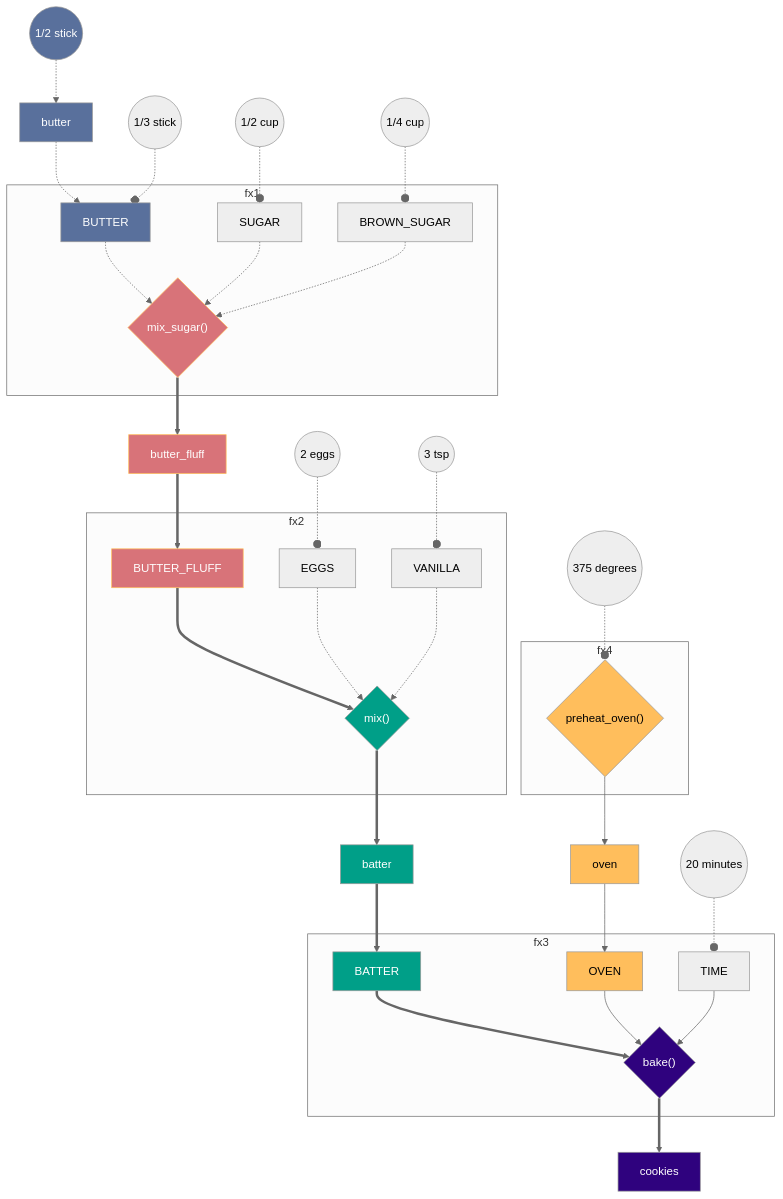
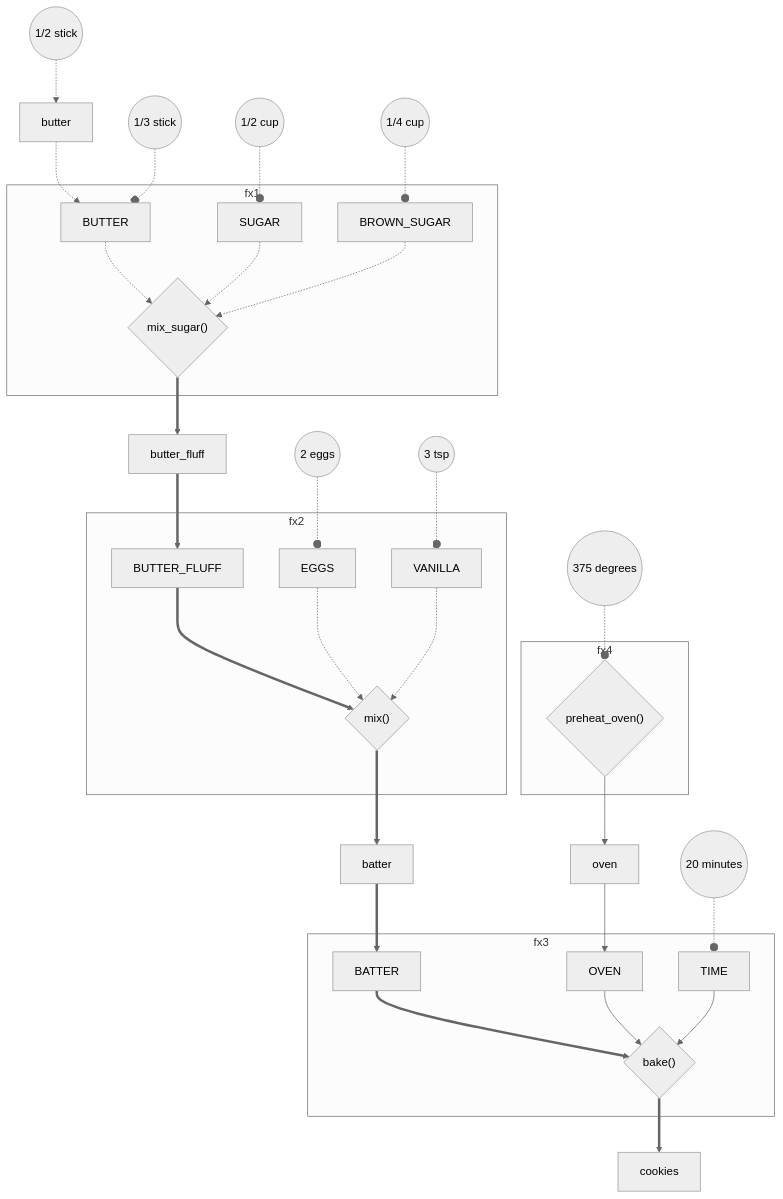
Before and after one commit to Watts-College/paf-514-template: the second of 7 diagrams in lectures/week-01-function-review.md, drawn with Mermaid (neutral theme).

````diff
--- a/lectures/week-01-function-review.md
+++ b/lectures/week-01-function-review.md
@@ -245,51 +245,37 @@
 ```mermaid
 flowchart TD;
   subgraph fx1
     BUTTER      -.-> mix{"mix_sugar()"};
     SUGAR       -.-> mix{"mix_sugar()"};
     BROWN_SUGAR -.-> mix{"mix_sugar()"};
   end
     v0(("1/2 stick")) -.-> butter;
     butter -.-> BUTTER;
     v1((1/3 stick))  -.-o  BUTTER;
     v2((1/2 cup))    -.-o  SUGAR;
     v3((1/4 cup))    -.-o  BROWN_SUGAR;
     mix{"mix_sugar()"} ==> butter_fluff;
     butter_fluff ==> BUTTER_FLUFF;
   subgraph fx2
     BUTTER_FLUFF ==> m2{"mix()"};
-    EGGS                -.-> m2;
-    VANILLA           -.-> m2;
+    EGGS -.-> m2;
+    VANILLA  -.-> m2;
   end
     v4((2 eggs)) -.-o EGGS;
     v5((3 tsp)) -.-o VANILLA;
     m2 ==> batter;
   subgraph fx3
     BATTER ==> bake{"bake()"};
     OVEN --> bake;
     TIME --> bake;
   end
     v10(("20 minutes")) -.-o TIME;
     batter ==> BATTER;
   subgraph fx4
     preheat{"preheat_oven()"};
   end
     v9(("375 degrees")) -.-o preheat{"preheat_oven()"};
     preheat --> oven;
     oven --> OVEN;
     bake ==> cookies;
-  style v0 fill: #59709c,color:#fff
-  style butter fill: #59709c,color:#fff
-  style BUTTER fill: #59709c,color:#fff
-  style mix fill: #d87379,stroke:#ffbe5c,color:#fff
-  style butter_fluff fill: #d87379,stroke:#ffbe5c,color:#fff
-  style BUTTER_FLUFF fill: #d87379,stroke:#ffbe5c,color:#fff
-  style batter fill: #009f88,color:#fff
-  style BATTER fill: #009f88,color:#fff
-  style m2 fill: #009f88,color:#fff
-  style bake fill: #2f027e,color:#fff
-  style cookies fill: #2f027e,color:#fff
-  style preheat fill:#ffbe5c
-  style oven fill:#ffbe5c
-  style OVEN fill:#ffbe5c
 ```
````
